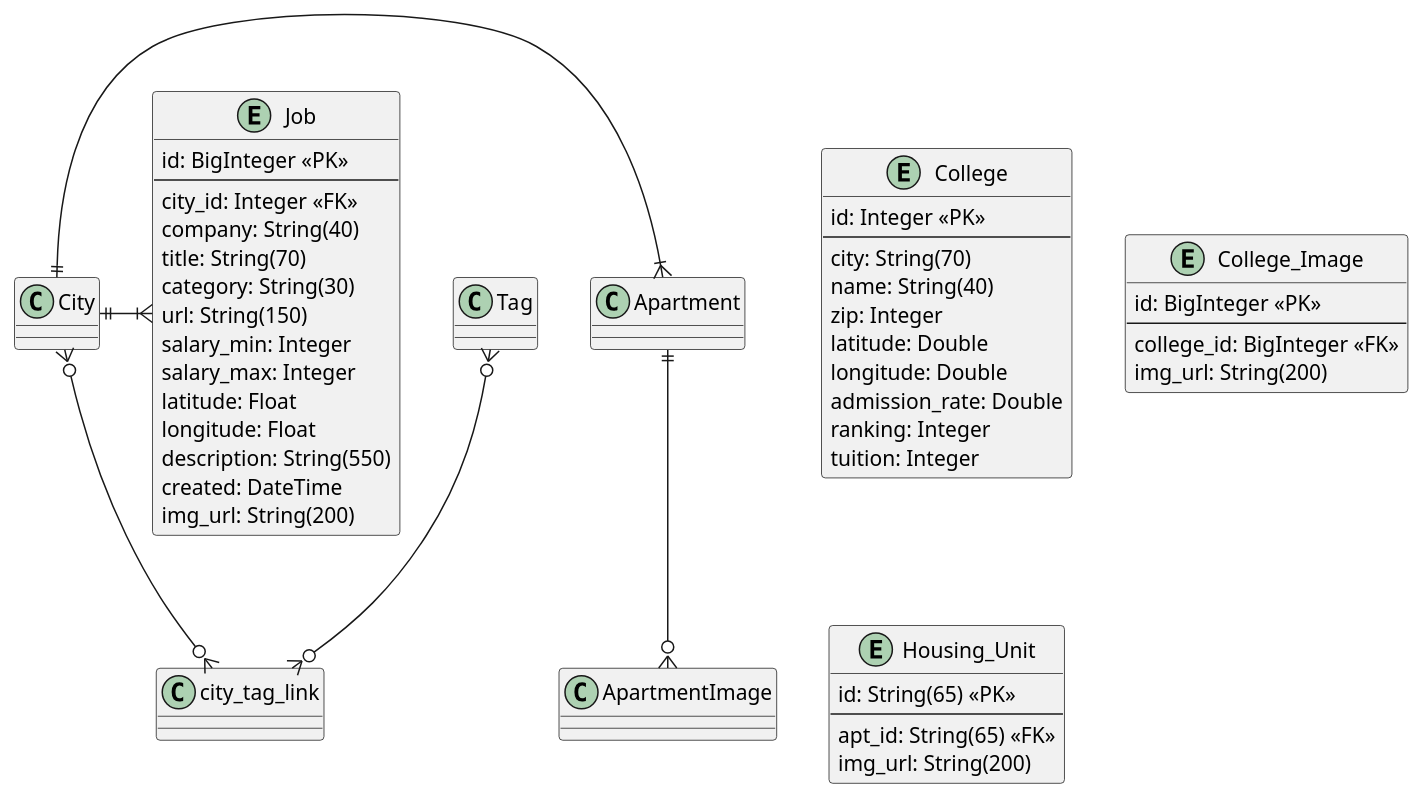
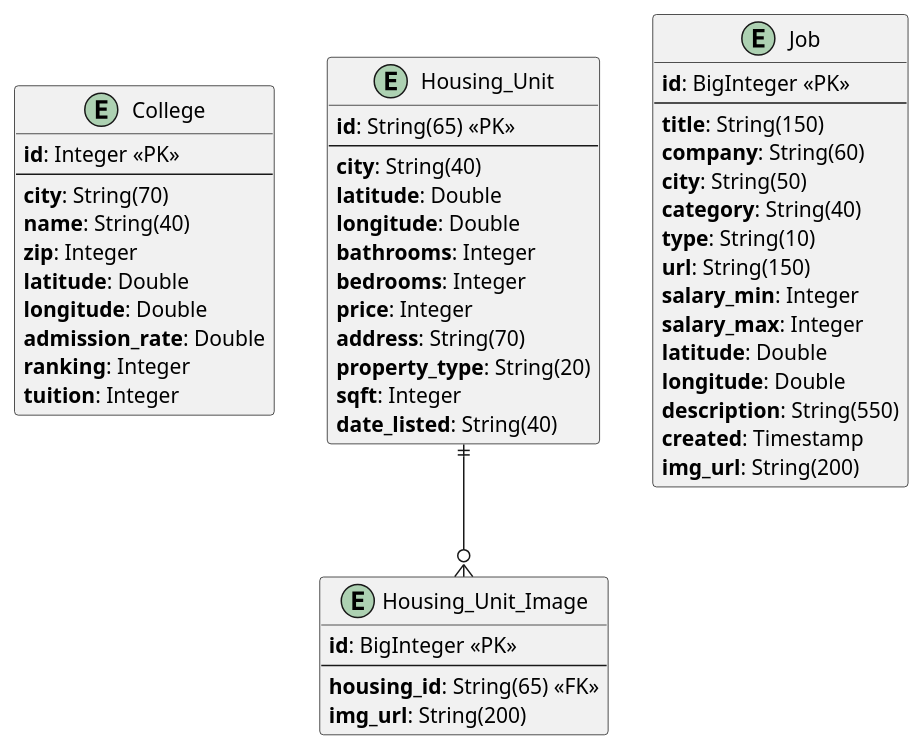
Before and after one commit to schalamkuri/FuturFindr: the diagram in backend/db.puml, drawn with PlantUML.

Commit message:
First version of UML model done

```diff
--- a/backend/db.puml
+++ b/backend/db.puml
@@ -1,53 +1,59 @@
 @startuml
 
     entity College {
-        id: Integer <<PK>>
+        **id**: Integer <<PK>>
         --
-        city: String(70)
-        name: String(40)
-        zip: Integer
-        latitude: Double
-        longitude: Double
-        admission_rate: Double
-        ranking: Integer
-        tuition: Integer
-    }
-
-    entity College_Image {
-        id: BigInteger <<PK>>
-        --
-        college_id: BigInteger <<FK>>
-        img_url: String(200)
+        **city**: String(70)
+        **name**: String(40)
+        **zip**: Integer
+        **latitude**: Double
+        **longitude**: Double
+        **admission_rate**: Double
+        **ranking**: Integer
+        **tuition**: Integer
     }
 
     entity Housing_Unit {
-        id: String(65) <<PK>>
+        **id**: String(65) <<PK>>
         --
-        apt_id: String(65) <<FK>>
-        img_url: String(200)
+        **city**: String(40)  
+        **latitude**: Double
+        **longitude**: Double
+        **bathrooms**: Integer
+        **bedrooms**: Integer
+        **price**: Integer
+        **address**: String(70)
+        **property_type**: String(20)
+        **sqft**: Integer
+        **date_listed**: String(40)
+    }
+
+    entity Housing_Unit_Image {
+        **id**: BigInteger <<PK>>
+        --
+        **housing_id**: String(65) <<FK>>
+        **img_url**: String(200)
     }
 
     entity Job {
-        id: BigInteger <<PK>>
+        **id**: BigInteger <<PK>>
         --
-        city_id: Integer <<FK>>
-        company: String(40)
-        title: String(70)
-        category: String(30)
-        url: String(150)
-        salary_min: Integer
-        salary_max: Integer
-        latitude: Float
-        longitude: Float
-        description: String(550)
-        created: DateTime
-        img_url: String(200)
+        **title**: String(150)
+        **company**: String(60)
+        **city**: String(50)
+        **category**: String(40)
+        **type**: String(10)
+        **url**: String(150)
+        **salary_min**: Integer
+        **salary_max**: Integer
+        **latitude**: Double
+        **longitude**: Double
+        **description**: String(550)
+        **created**: Timestamp
+        **img_url**: String(200)
     }
 
-    City }o--o{city_tag_link
-    Tag }o--o{ city_tag_link
-    City ||-|{ Apartment
-    City ||-|{ Job
-    Apartment ||--o{ ApartmentImage
+    Housing_Unit ||--o{ Housing_Unit_Image
+    
 
 @enduml
```
